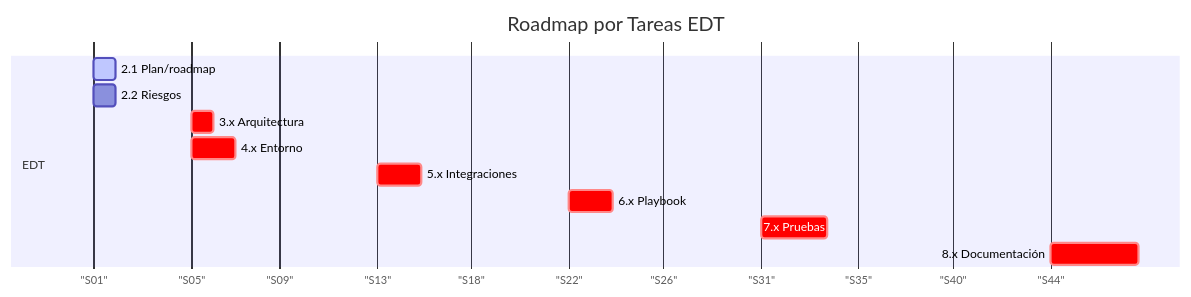
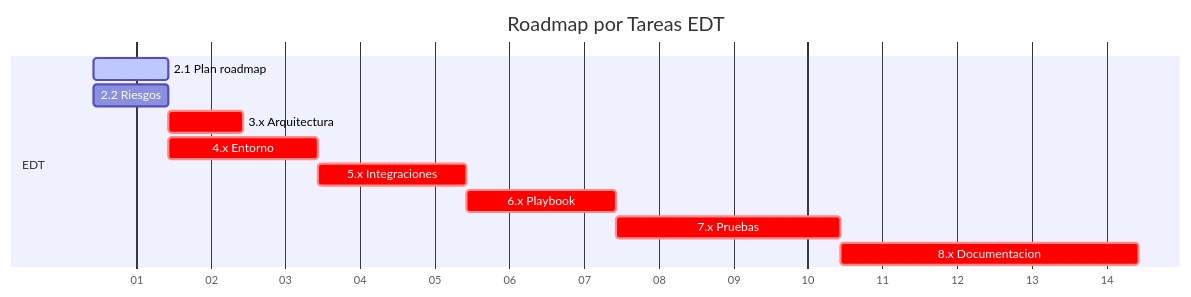
Before and after one commit to alesanfe/soar-ransomware-lab: the fifth of 8 diagrams in docs/06-project-management.md, drawn with Mermaid. The commit also changed other lines of this file and 1 other file, not shown here.

First line of the commit message:
docs: fix Mermaid diagrams, broken references, and outdated info in 06-project-management.md

````diff
--- a/docs/06-project-management.md
+++ b/docs/06-project-management.md
@@ -889,15 +889,15 @@
 ```mermaid
 gantt
 title Roadmap por Tareas EDT
-dateFormat WW
-axisFormat "S%V"
+dateFormat YYYY-MM-DD
+axisFormat %V
 section EDT
-2.1 Plan/roadmap :active, t1, 01, 1w
-2.2 Riesgos :t2, 01, 1w
-3.x Arquitectura :crit, t3, 02, 1w
-4.x Entorno :crit, t4, 02, 2w
-5.x Integraciones :crit, t5, 04, 2w
-6.x Playbook :crit, t6, 06, 2w
-7.x Pruebas :crit, t7, 08, 3w
-8.x Documentación :crit, t8, 11, 4w
+2.1 Plan roadmap :active, t1, 2025-01-01, 1w
+2.2 Riesgos :t2, 2025-01-01, 1w
+3.x Arquitectura :crit, t3, 2025-01-08, 1w
+4.x Entorno :crit, t4, 2025-01-08, 2w
+5.x Integraciones :crit, t5, 2025-01-22, 2w
+6.x Playbook :crit, t6, 2025-02-05, 2w
+7.x Pruebas :crit, t7, 2025-02-19, 3w
+8.x Documentacion :crit, t8, 2025-03-12, 4w
 ```
````
